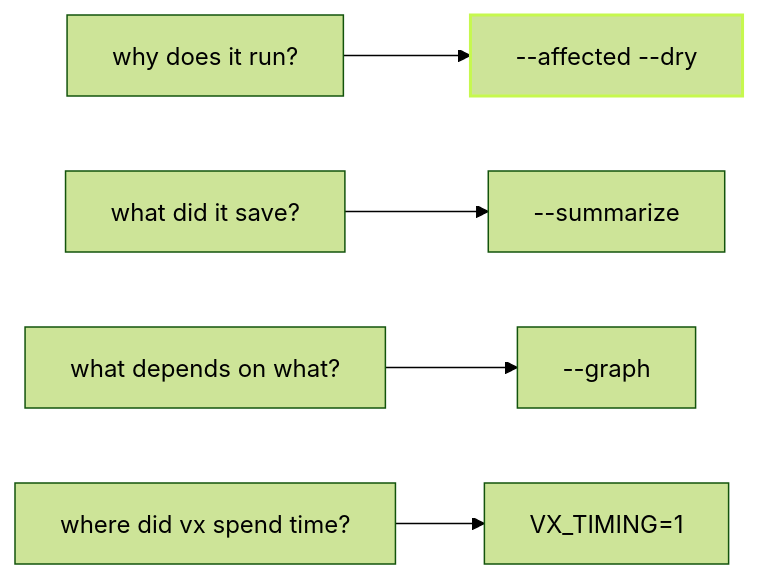
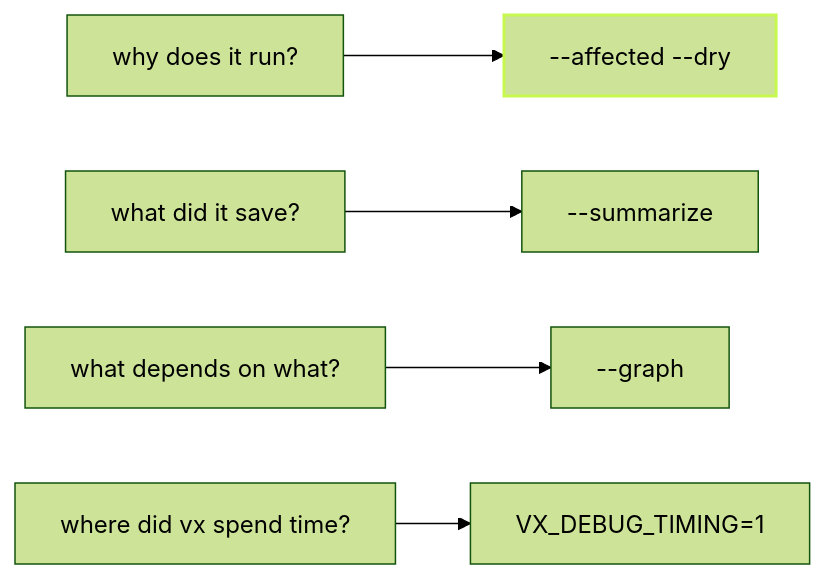
One commit to vznjs/vx changed the diagram in packages/vx-docs/src/content/docs/blog/see-inside-a-run.md. Above: the diagram before and after it, drawn with Mermaid (forest theme). The commit also changed other lines of this file and 241 other files, not shown here.

````diff
--- a/packages/vx-docs/src/content/docs/blog/see-inside-a-run.md
+++ b/packages/vx-docs/src/content/docs/blog/see-inside-a-run.md
@@ -16,8 +16,8 @@
 ```mermaid
 flowchart LR
   Q1[why does it run?] --> A[--affected --dry]
   Q2[what did it save?] --> B[--summarize]
   Q3[what depends on what?] --> C[--graph]
-  Q4[where did vx spend time?] --> D[VX_TIMING=1]
+  Q4[where did vx spend time?] --> D[VX_DEBUG_TIMING=1]
   style A stroke:#c6f84e,stroke-width:2px
 ```
````
